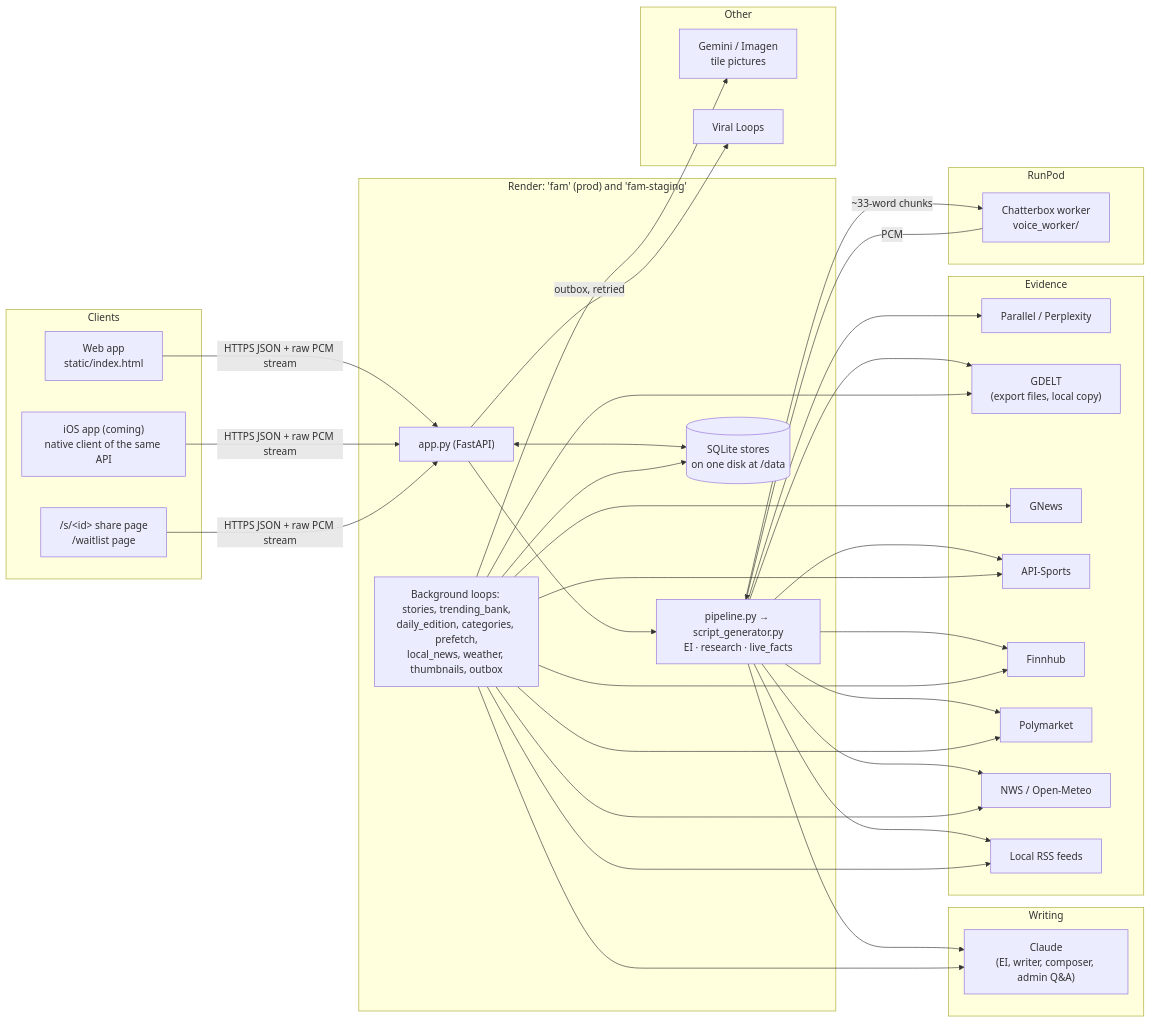
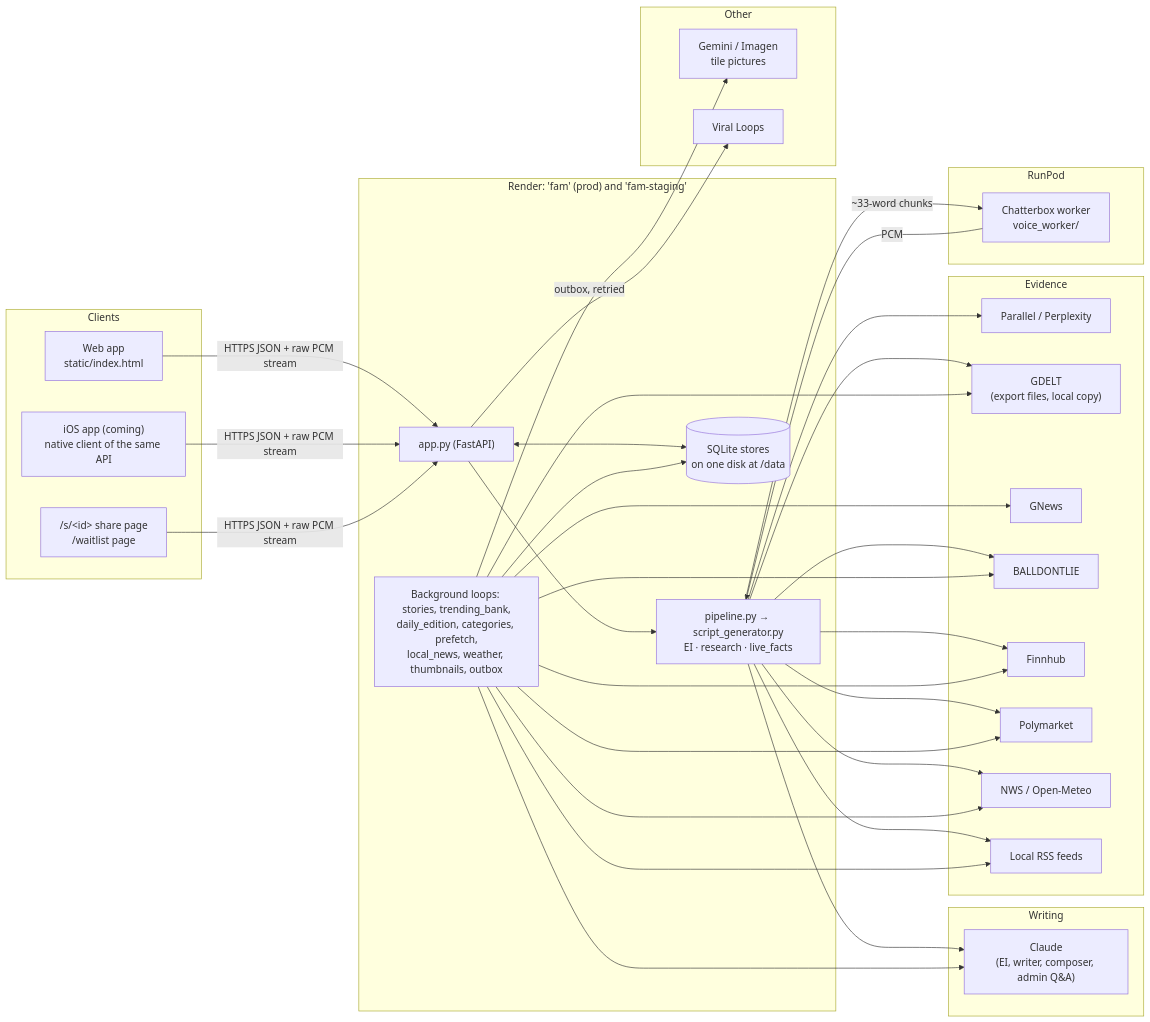
Before and after one commit to tjweingart-byte/FAM: the diagram in docs/ONBOARDING.md, drawn with Mermaid. The commit also changed other lines of this file and 61 other files, not shown here.

````diff
--- a/docs/ONBOARDING.md
+++ b/docs/ONBOARDING.md
@@ -125,43 +125,43 @@
 ```mermaid
 flowchart LR
   subgraph Clients
     WEB["Web app<br/>static/index.html"]
     IOS["iOS app (coming)<br/>native client of the same API"]
     PAGES["/s/&lt;id&gt; share page<br/>/waitlist page"]
   end
   subgraph Render["Render: 'fam' (prod) and 'fam-staging'"]
     APP["app.py (FastAPI)"]
     PIPE["pipeline.py → script_generator.py<br/>EI · research · live_facts"]
     BG["Background loops: stories, trending_bank,<br/>daily_edition, categories, prefetch,<br/>local_news, weather, thumbnails, outbox"]
     DB[("SQLite stores<br/>on one disk at /data")]
   end
   subgraph Writing
     CL["Claude<br/>(EI, writer, composer, admin Q&A)"]
   end
   subgraph Evidence
     WEBS["Parallel / Perplexity"]
     GD["GDELT<br/>(export files, local copy)"]
     GN[GNews]
-    AS[API-Sports]
+    AS[BALLDONTLIE]
     FH[Finnhub]
     PM[Polymarket]
     WX[NWS / Open-Meteo]
     RSS[Local RSS feeds]
   end
   subgraph Other
     GEM["Gemini / Imagen<br/>tile pictures"]
     VL[Viral Loops]
   end
   subgraph RunPod
     TTS["Chatterbox worker<br/>voice_worker/"]
   end
   WEB & IOS & PAGES -- "HTTPS JSON + raw PCM stream" --> APP
   APP --> PIPE --> CL
   PIPE --> WEBS & GD & AS & FH & PM & WX & RSS
   PIPE -- "~33-word chunks" --> TTS
   TTS -- PCM --> PIPE
   APP <--> DB
   BG --> CL & GN & GD & AS & FH & PM & WX & RSS & GEM
   BG --> DB
   APP -- "outbox, retried" --> VL
 ```
````
